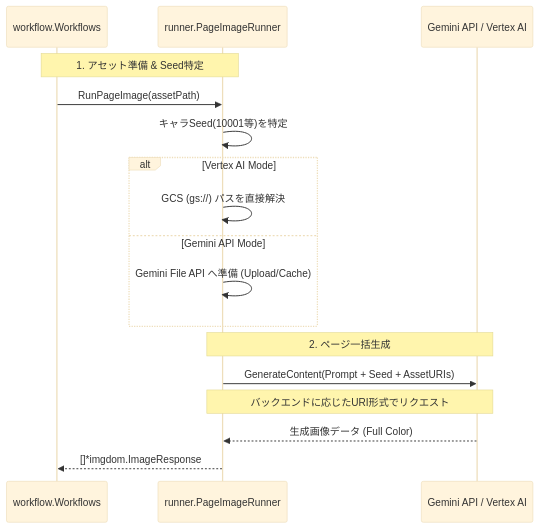
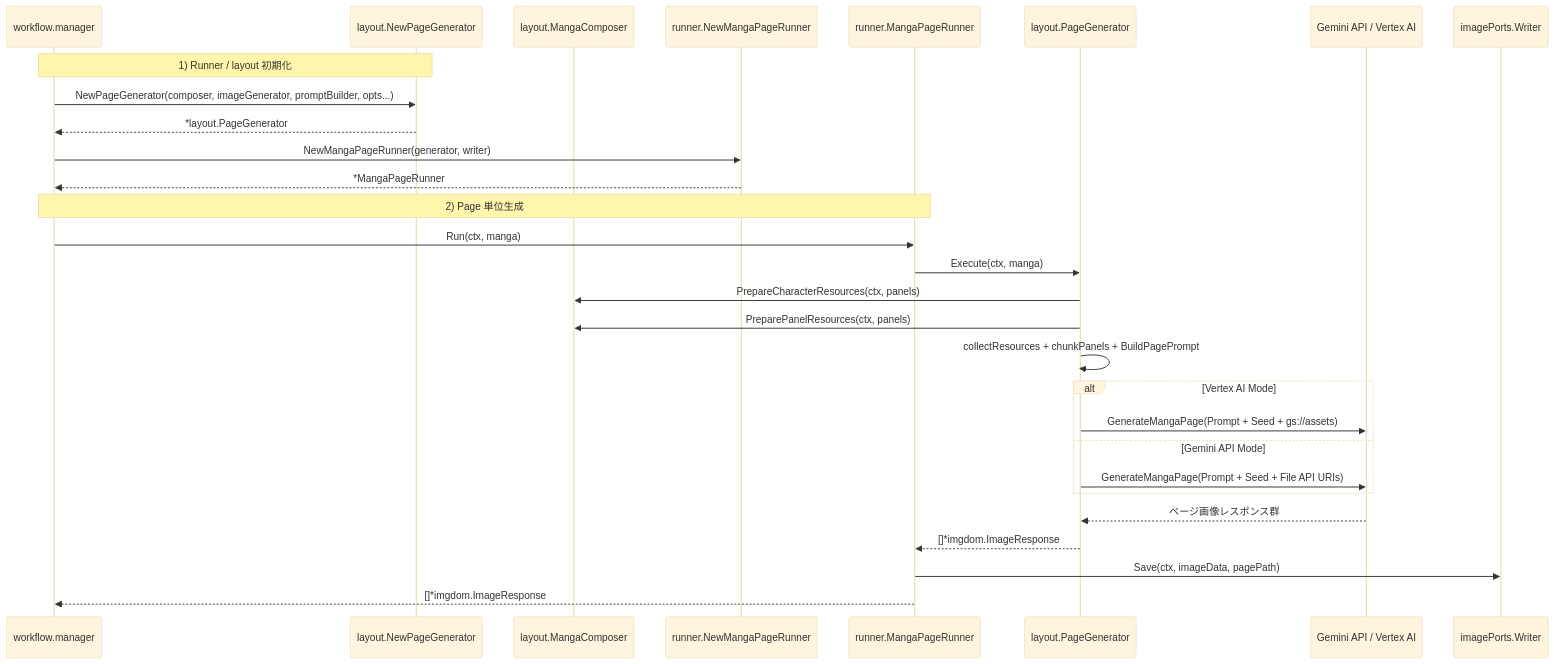
The second of 2 diagrams in README.md (shouni/go-manga-kit), drawn with Mermaid (base theme) before and after one commit. The commit also changed other lines of this file, not shown here.

Commit message:
Refactor: Update and expand sequence flow diagrams in README for `NewMangaPanelRunner` and `NewMangaPageRunner`, aligning with recent workflow changes.

````diff
--- a/README.md
+++ b/README.md
@@ -64,23 +98,36 @@
 ```mermaid
 sequenceDiagram
-  participant WF as workflow.Workflows
-  participant Runner as runner.PageImageRunner
+  participant WF as workflow.manager
+  participant LPage as layout.NewPageGenerator
+  participant Composer as layout.MangaComposer
+  participant PFactory as runner.NewMangaPageRunner
+  participant PageRunner as runner.MangaPageRunner
+  participant PageGen as layout.PageGenerator
   participant API as Gemini API / Vertex AI
+  participant Writer as imagePorts.Writer
 
-  Note over WF, Runner: 1. アセット準備 & Seed特定
-  WF->>Runner: RunPageImage(assetPath)
-  Runner->>Runner: キャラSeed(10001等)を特定
+  Note over WF,LPage: 1) Runner / layout 初期化
+  WF->>LPage: NewPageGenerator(composer, imageGenerator, promptBuilder, opts...)
+  LPage-->>WF: *layout.PageGenerator
+  WF->>PFactory: NewMangaPageRunner(generator, writer)
+  PFactory-->>WF: *MangaPageRunner
+
+  Note over WF,PageRunner: 2) Page 単位生成
+  WF->>PageRunner: Run(ctx, manga)
+  PageRunner->>PageGen: Execute(ctx, manga)
+  PageGen->>Composer: PrepareCharacterResources(ctx, panels)
+  PageGen->>Composer: PreparePanelResources(ctx, panels)
+  PageGen->>PageGen: collectResources + chunkPanels + BuildPagePrompt
 
   alt Vertex AI Mode
-    Runner->>Runner: GCS (gs://) パスを直接解決
+    PageGen->>API: GenerateMangaPage(Prompt + Seed + gs://assets)
   else Gemini API Mode
-    Runner->>Runner: Gemini File API へ準備 (Upload/Cache)
+    PageGen->>API: GenerateMangaPage(Prompt + Seed + File API URIs)
   end
 
-  Note over Runner, API: 2. ページ一括生成
-  Runner->>API: GenerateContent(Prompt + Seed + AssetURIs)
-  Note over Runner, API: バックエンドに応じたURI形式でリクエスト
-  API-->>Runner: 生成画像データ (Full Color)
-  Runner-->>WF: []*imgdom.ImageResponse
+  API-->>PageGen: ページ画像レスポンス群
+  PageGen-->>PageRunner: []*imgdom.ImageResponse
+  PageRunner->>Writer: Save(ctx, imageData, pagePath)
+  PageRunner-->>WF: []*imgdom.ImageResponse
 
 ```
````
